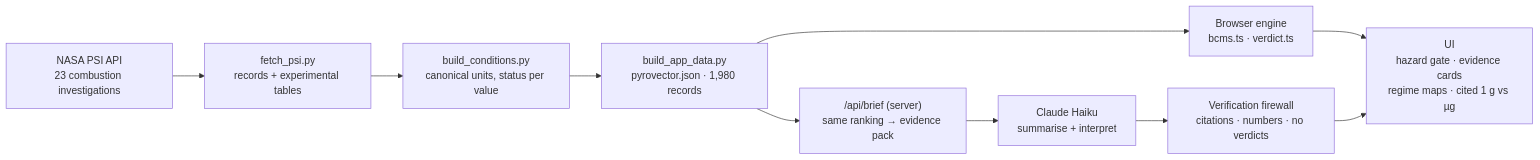
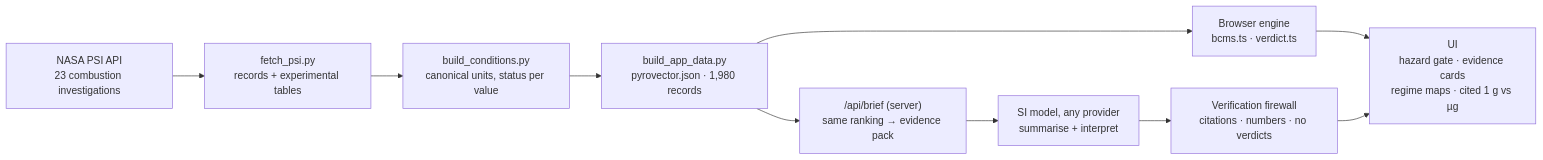
Before and after one commit to prattaybanik03/flamebound-flame-in-freefall: the diagram in README.md, drawn with Mermaid. The commit also changed other lines of this file and 6 other files, not shown here.

First line of the commit message:
SI briefing: provider-agnostic (Anthropic, OpenAI, DeepSeek, Gemini, any OpenAI-compatible endpoint)

````diff
--- a/README.md
+++ b/README.md
@@ -50,12 +50,12 @@
 ```mermaid
 flowchart LR
   A["NASA PSI API<br/>23 combustion investigations"] --> B["fetch_psi.py<br/>records + experimental tables"]
   B --> C["build_conditions.py<br/>canonical units, status per value"]
   C --> D["build_app_data.py<br/>pyrovector.json · 1,980 records"]
   D --> E["Browser engine<br/>bcms.ts · verdict.ts"]
   E --> F["UI<br/>hazard gate · evidence cards<br/>regime maps · cited 1 g vs µg"]
   D --> G["/api/brief (server)<br/>same ranking → evidence pack"]
-  G --> H["Claude Haiku<br/>summarise + interpret"]
+  G --> H["SI model, any provider<br/>summarise + interpret"]
   H --> I["Verification firewall<br/>citations · numbers · no verdicts"]
   I --> F
 ```
````
